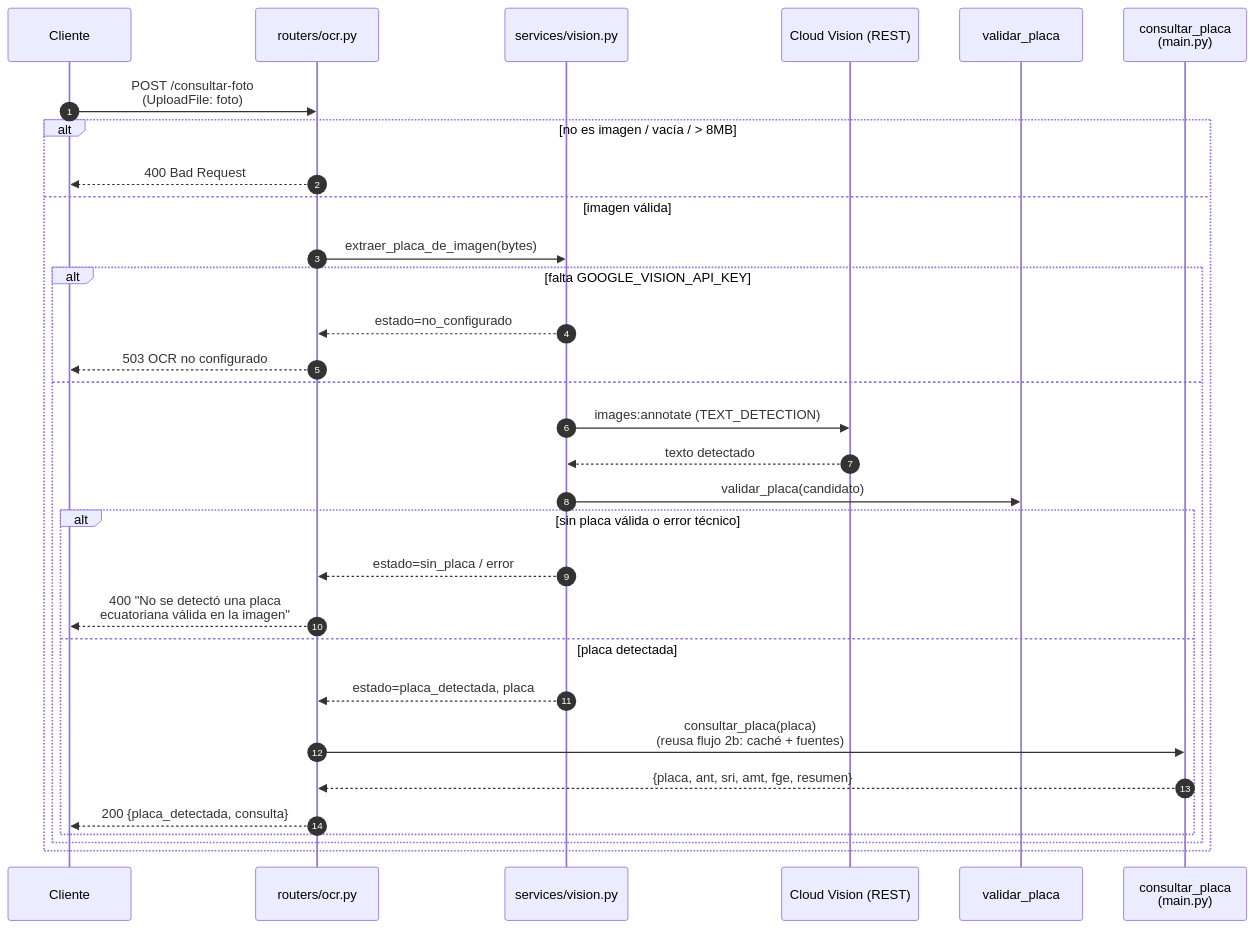
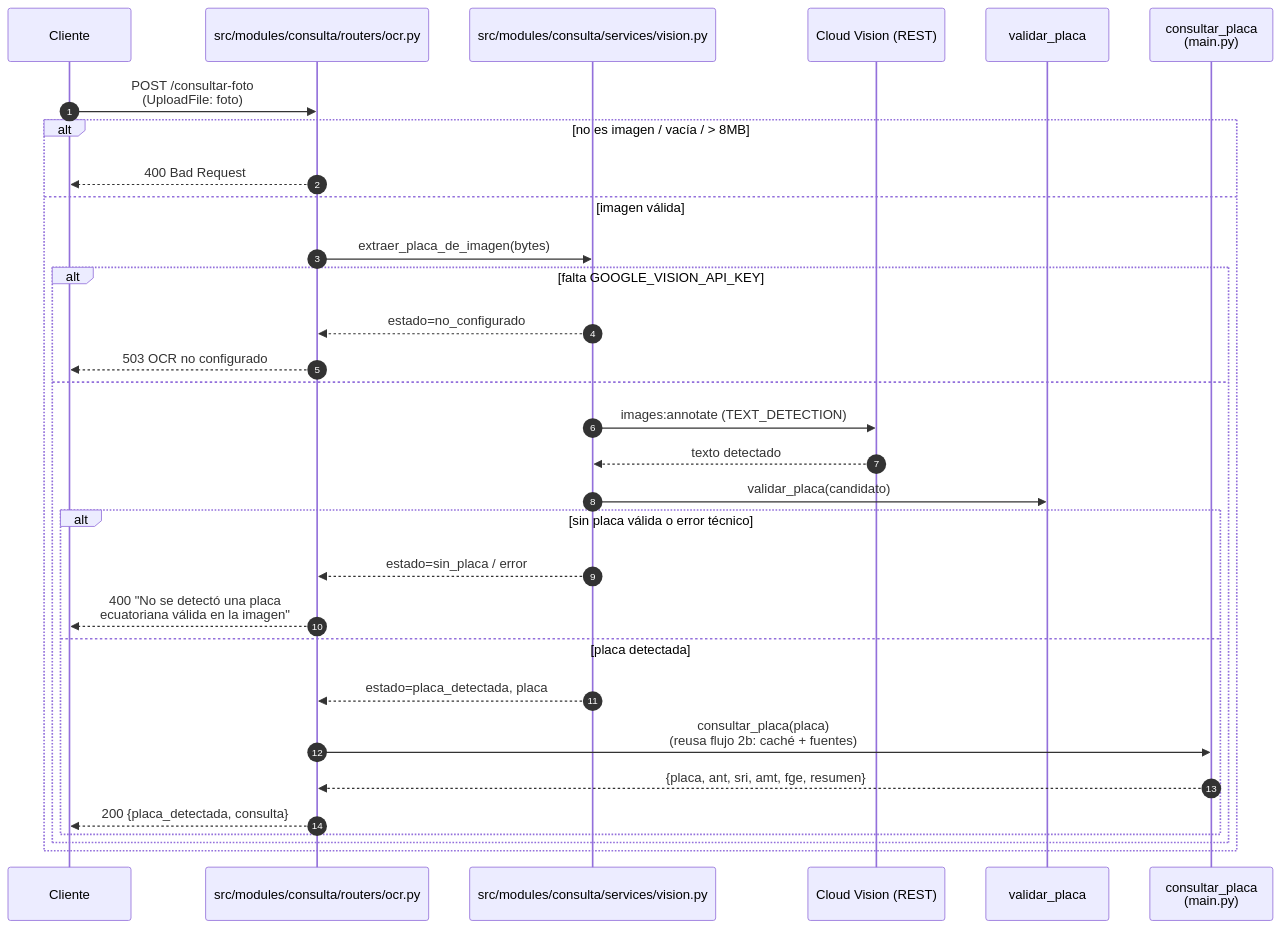
The fourth of 6 diagrams in docs/arquitectura.md (VMarcosGC/consulta-placas-ec), drawn with Mermaid before and after one commit. The commit also changed other lines of this file and 99 other files, not shown here.

First line of the commit message:
refactor: monolito modular (DDD) en src/modules + AGENTS.md

````diff
--- a/docs/arquitectura.md
+++ b/docs/arquitectura.md
@@ -168,34 +168,34 @@
 ```mermaid
 sequenceDiagram
     autonumber
     participant C as Cliente
-    participant API as routers/ocr.py
-    participant Vis as services/vision.py
+    participant API as src/modules/consulta/routers/ocr.py
+    participant Vis as src/modules/consulta/services/vision.py
     participant CV as Cloud Vision (REST)
     participant Pl as validar_placa
     participant Cons as consultar_placa<br/>(main.py)
 
     C->>API: POST /consultar-foto<br/>(UploadFile: foto)
     alt no es imagen / vacía / > 8MB
         API-->>C: 400 Bad Request
     else imagen válida
         API->>Vis: extraer_placa_de_imagen(bytes)
         alt falta GOOGLE_VISION_API_KEY
             Vis-->>API: estado=no_configurado
             API-->>C: 503 OCR no configurado
         else
             Vis->>CV: images:annotate (TEXT_DETECTION)
             CV-->>Vis: texto detectado
             Vis->>Pl: validar_placa(candidato)
             alt sin placa válida o error técnico
                 Vis-->>API: estado=sin_placa / error
                 API-->>C: 400 "No se detectó una placa<br/>ecuatoriana válida en la imagen"
             else placa detectada
                 Vis-->>API: estado=placa_detectada, placa
                 API->>Cons: consultar_placa(placa)<br/>(reusa flujo 2b: caché + fuentes)
                 Cons-->>API: {placa, ant, sri, amt, fge, resumen}
                 API-->>C: 200 {placa_detectada, consulta}
             end
         end
     end
 ```
````
